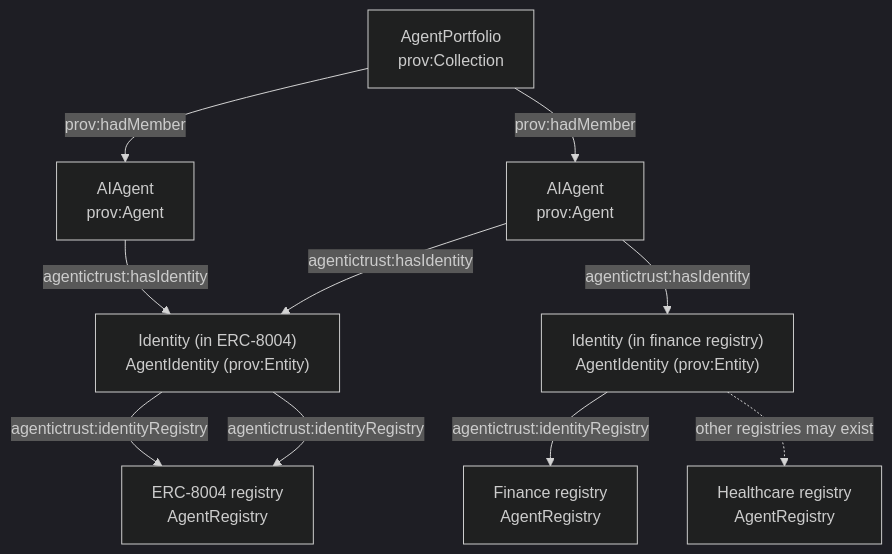
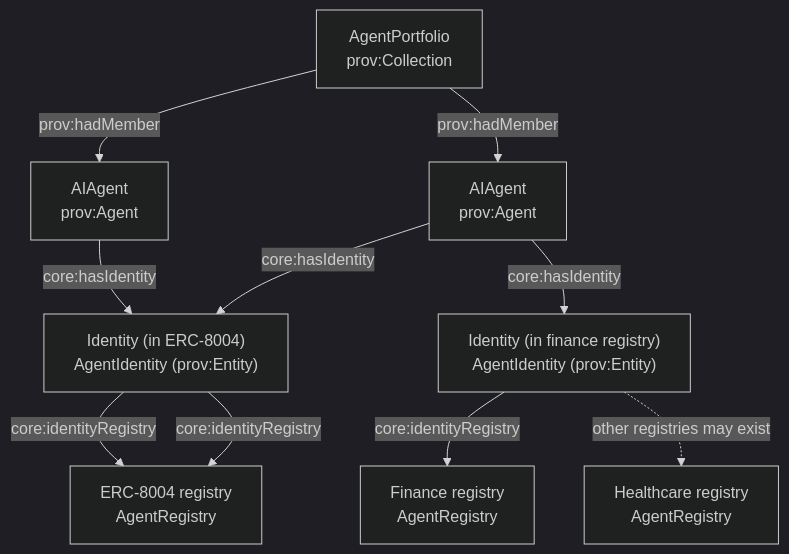
Before and after one commit to Agentic-Trust-Layer/agent-explorer: the diagram in docs/ontology/agent-portfolio.md, drawn with Mermaid (dark theme). The commit also changed other lines of this file and 49 other files, not shown here.

````diff
--- a/docs/ontology/agent-portfolio.md
+++ b/docs/ontology/agent-portfolio.md
@@ -80,25 +80,25 @@
 ```mermaid
 graph TB
   Portfolio["AgentPortfolio\nprov:Collection"]
   Agent1["AIAgent\nprov:Agent"]
   Agent2["AIAgent\nprov:Agent"]
 
   Reg8004["ERC-8004 registry\nAgentRegistry"]
   RegFin["Finance registry\nAgentRegistry"]
   RegHealth["Healthcare registry\nAgentRegistry"]
 
   Id8004["Identity (in ERC-8004)\nAgentIdentity (prov:Entity)"]
   IdFin["Identity (in finance registry)\nAgentIdentity (prov:Entity)"]
 
   Portfolio -->|prov:hadMember| Agent1
   Portfolio -->|prov:hadMember| Agent2
 
-  Agent1 -->|agentictrust:hasIdentity| Id8004
-  Agent1 -->|agentictrust:hasIdentity| IdFin
+  Agent1 -->|core:hasIdentity| Id8004
+  Agent1 -->|core:hasIdentity| IdFin
 
-  Id8004 -->|agentictrust:identityRegistry| Reg8004
-  IdFin -->|agentictrust:identityRegistry| RegFin
-  Agent2 -->|agentictrust:hasIdentity| Id8004
-  Id8004 -->|agentictrust:identityRegistry| Reg8004
+  Id8004 -->|core:identityRegistry| Reg8004
+  IdFin -->|core:identityRegistry| RegFin
+  Agent2 -->|core:hasIdentity| Id8004
+  Id8004 -->|core:identityRegistry| Reg8004
   IdFin -. "other registries may exist" .-> RegHealth
 ```
````
